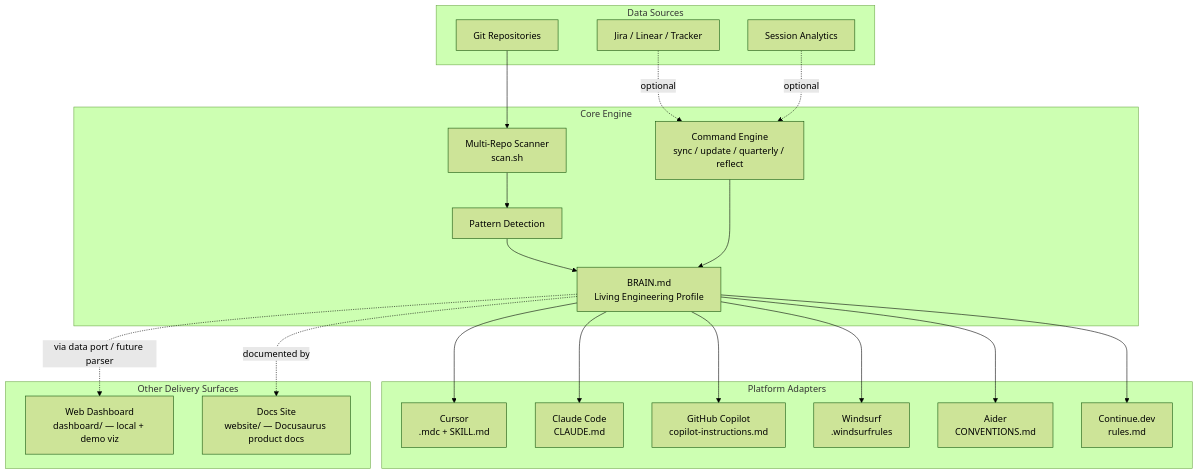
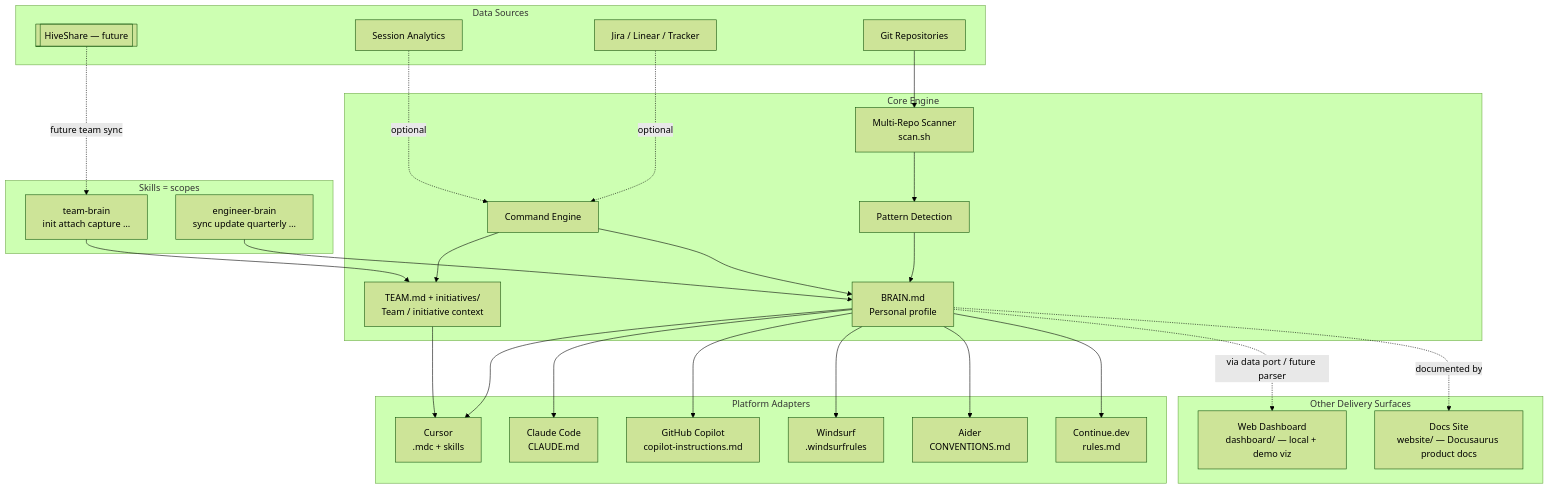
One commit to Hrithik-Gavankar/brainstack changed the first of 6 diagrams in docs/architecture.md. Above: the diagram before and after it, drawn with Mermaid (forest theme). The commit also changed other lines of this file and 19 other files, not shown here.

First line of the commit message:
feat(team-brain): add team scope skill with local/git sync for demo

````diff
--- a/docs/architecture.md
+++ b/docs/architecture.md
@@ -9,44 +12,56 @@
 ```mermaid
 flowchart TD
     subgraph Sources["Data Sources"]
         GIT[Git Repositories]
         JIRA[Jira / Linear / Tracker]
         SESS[Session Analytics]
+        HS[[HiveShare — future]]
     end
 
     subgraph Core["Core Engine"]
         SCAN[Multi-Repo Scanner<br/>scan.sh]
         PATTERN[Pattern Detection]
-        BRAIN[BRAIN.md<br/>Living Engineering Profile]
-        CMD[Command Engine<br/>sync / update / quarterly / reflect]
+        BRAIN[BRAIN.md<br/>Personal profile]
+        TEAM[TEAM.md + initiatives/<br/>Team / initiative context]
+        CMD[Command Engine]
+    end
+
+    subgraph Skills["Skills = scopes"]
+        EB[engineer-brain<br/>sync update quarterly …]
+        TB[team-brain<br/>init attach capture …]
     end
 
     subgraph Adapters["Platform Adapters"]
-        CUR[Cursor<br/>.mdc + SKILL.md]
+        CUR[Cursor<br/>.mdc + skills]
         CLA[Claude Code<br/>CLAUDE.md]
         COP[GitHub Copilot<br/>copilot-instructions.md]
         WIN[Windsurf<br/>.windsurfrules]
         AID[Aider<br/>CONVENTIONS.md]
         CON[Continue.dev<br/>rules.md]
     end
 
     subgraph Surfaces["Other Delivery Surfaces"]
         DASH[Web Dashboard<br/>dashboard/ — local + demo viz]
         DOCS[Docs Site<br/>website/ — Docusaurus product docs]
     end
 
     GIT --> SCAN
     JIRA -.->|optional| CMD
     SESS -.->|optional| CMD
+    HS -.->|future team sync| TB
     SCAN --> PATTERN
     PATTERN --> BRAIN
     CMD --> BRAIN
+    CMD --> TEAM
+    EB --> BRAIN
+    TB --> TEAM
     BRAIN --> CUR
+    TEAM --> CUR
     BRAIN --> CLA
     BRAIN --> COP
     BRAIN --> WIN
     BRAIN --> AID
     BRAIN --> CON
     BRAIN -.->|via data port / future parser| DASH
     BRAIN -.->|documented by| DOCS
 ```
````
